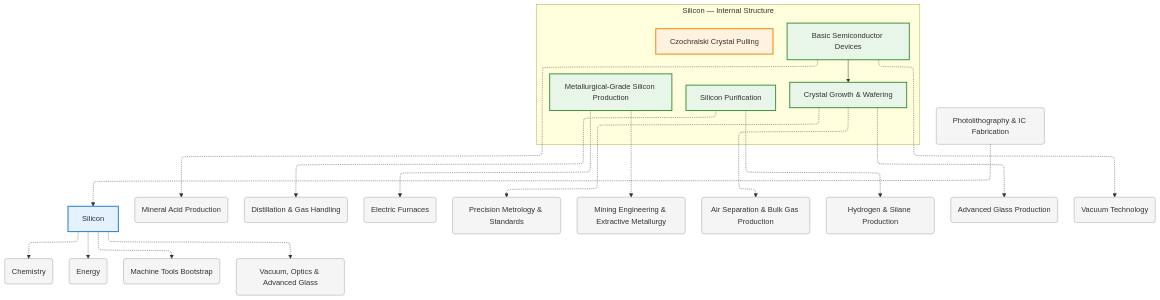
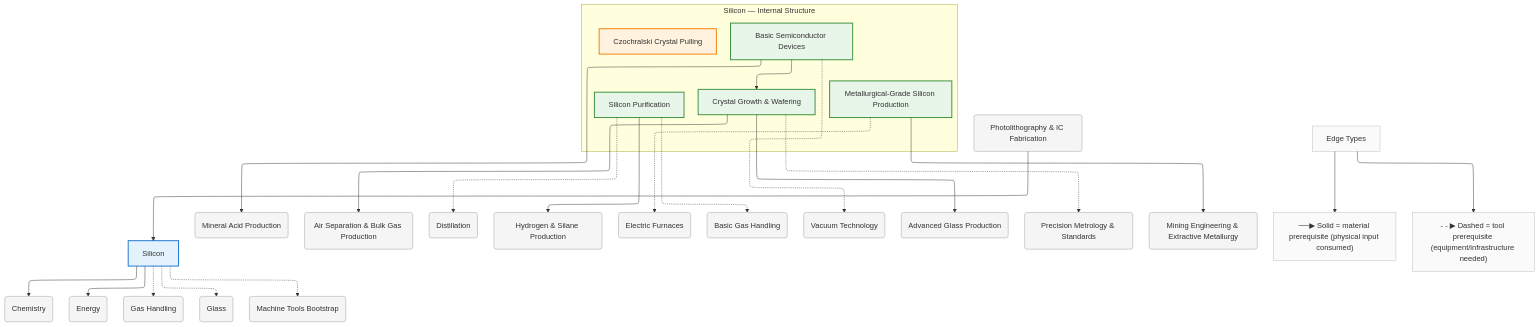
The diagram in diagrams/mermaid/silicon.mmd (egofree/TechTree), drawn with Mermaid before and after one commit. The commit also changed 162 other files, not shown here.

First line of the commit message:
refactor: dissolve vacuum-optics into 4 new domains, restructure ontology to 20 domains

```diff
--- a/diagrams/mermaid/silicon.mmd
+++ b/diagrams/mermaid/silicon.mmd
@@ -1,78 +1,91 @@
 %%{init: {"flowchart": {"defaultRenderer": "elk", "htmlLabels": true}}}%%
 graph TD
     %% Domain: Silicon
 
     %% ==================== INTERNAL NODES ====================
     subgraph silicon_internal ["Silicon — Internal Structure"]
         direction TB
         silicon_mg-si-production["Metallurgical-Grade Silicon Production"]
         silicon_purification["Silicon Purification"]
         silicon_crystal-growth["Crystal Growth & Wafering"]
         silicon_crystal-growth_cz-pulling["Czochralski Crystal Pulling"]
         silicon_basic-devices["Basic Semiconductor Devices"]
     end
 
     %% ==================== DOMAIN NODE ====================
     silicon["Silicon"]
 
     %% ==================== EXTERNAL DEPENDENCIES ====================
     chemistry("Chemistry")
     chemistry_acids("Mineral Acid Production")
-    chemistry_distillation-gas-handling("Distillation & Gas Handling")
+    chemistry_air-separation("Air Separation & Bulk Gas Production")
+    chemistry_distillation("Distillation")
+    chemistry_hydrogen-silane("Hydrogen & Silane Production")
     energy("Energy")
     energy_electric-furnaces("Electric Furnaces")
+    gas-handling("Gas Handling")
+    gas-handling_basic("Basic Gas Handling")
+    gas-handling_vacuum("Vacuum Technology")
+    glass("Glass")
+    glass_advanced("Advanced Glass Production")
     machine-tools("Machine Tools Bootstrap")
-    machine-tools_precision-metrology("Precision Metrology & Standards")
+    measurement_precision-metrology("Precision Metrology & Standards")
     mining("Mining Engineering & Extractive Metallurgy")
     photolithography("Photolithography & IC Fabrication")
-    specialty-gases_air-separation("Air Separation & Bulk Gas Production")
-    specialty-gases_hydrogen-silane("Hydrogen & Silane Production")
-    vacuum-optics("Vacuum, Optics & Advanced Glass")
-    vacuum-optics_glass-advanced("Advanced Glass Production")
-    vacuum-optics_vacuum-systems("Vacuum Technology")
 
     %% ==================== EDGES ====================
     silicon_basic-devices --> silicon_crystal-growth
     silicon -.-> machine-tools
-    silicon -.-> energy
-    silicon -.-> chemistry
-    silicon -.-> vacuum-optics
+    silicon --> energy
+    silicon --> chemistry
+    silicon -.-> glass
+    silicon -.-> gas-handling
     silicon_mg-si-production -.-> energy_electric-furnaces
-    silicon_mg-si-production -.-> mining
-    silicon_purification -.-> chemistry_distillation-gas-handling
-    silicon_purification -.-> specialty-gases_hydrogen-silane
-    silicon_crystal-growth -.-> vacuum-optics_glass-advanced
-    silicon_crystal-growth -.-> specialty-gases_air-separation
-    silicon_crystal-growth -.-> machine-tools_precision-metrology
-    silicon_basic-devices -.-> vacuum-optics_vacuum-systems
-    silicon_basic-devices -.-> chemistry_acids
-    photolithography -.-> silicon
+    silicon_mg-si-production --> mining
+    silicon_purification -.-> chemistry_distillation
+    silicon_purification -.-> gas-handling_basic
+    silicon_purification --> chemistry_hydrogen-silane
+    silicon_crystal-growth --> glass_advanced
+    silicon_crystal-growth --> chemistry_air-separation
+    silicon_crystal-growth -.-> measurement_precision-metrology
+    silicon_basic-devices -.-> gas-handling_vacuum
+    silicon_basic-devices --> chemistry_acids
+    photolithography --> silicon
+
+    %% ==================== EDGE TYPE LEGEND ====================
+    EdgeLegend["Edge Types"]
+    EdgeLegend --> MatNote["──▶ Solid = material prerequisite (physical input consumed)"]
+    EdgeLegend --> ToolNote["- - ▶ Dashed = tool prerequisite (equipment/infrastructure needed)"]
 
     %% ==================== STYLING ====================
     classDef domain fill:#e3f2fd,stroke:#1976d2,stroke-width:2px
     classDef capability fill:#e8f5e9,stroke:#388e3c,stroke-width:2px
     classDef process fill:#fff3e0,stroke:#f57c00,stroke-width:2px
     classDef critical fill:#fff3e0,stroke:#f57c00,stroke-width:3px
     classDef earlyWin fill:#e8f5e9,stroke:#388e3c,stroke-width:3px
     classDef pinnacle fill:#fce4ec,stroke:#c62828,stroke-width:3px
     classDef external fill:#f5f5f5,stroke:#9e9e9e,stroke-width:1px
+    classDef legend fill:#fafafa,stroke:#bdbdbd,stroke-width:1px
     class silicon domain
     class silicon_mg-si-production capability
     class silicon_purification capability
     class silicon_crystal-growth capability
     class silicon_crystal-growth_cz-pulling process
     class silicon_basic-devices capability
     class chemistry external
     class chemistry_acids external
-    class chemistry_distillation-gas-handling external
+    class chemistry_air-separation external
+    class chemistry_distillation external
+    class chemistry_hydrogen-silane external
     class energy external
     class energy_electric-furnaces external
+    class gas-handling external
+    class gas-handling_basic external
+    class gas-handling_vacuum external
+    class glass external
+    class glass_advanced external
     class machine-tools external
-    class machine-tools_precision-metrology external
+    class measurement_precision-metrology external
     class mining external
     class photolithography external
-    class specialty-gases_air-separation external
-    class specialty-gases_hydrogen-silane external
-    class vacuum-optics external
-    class vacuum-optics_glass-advanced external
-    class vacuum-optics_vacuum-systems external
+    class EdgeLegend,MatNote,ToolNote legend
```
